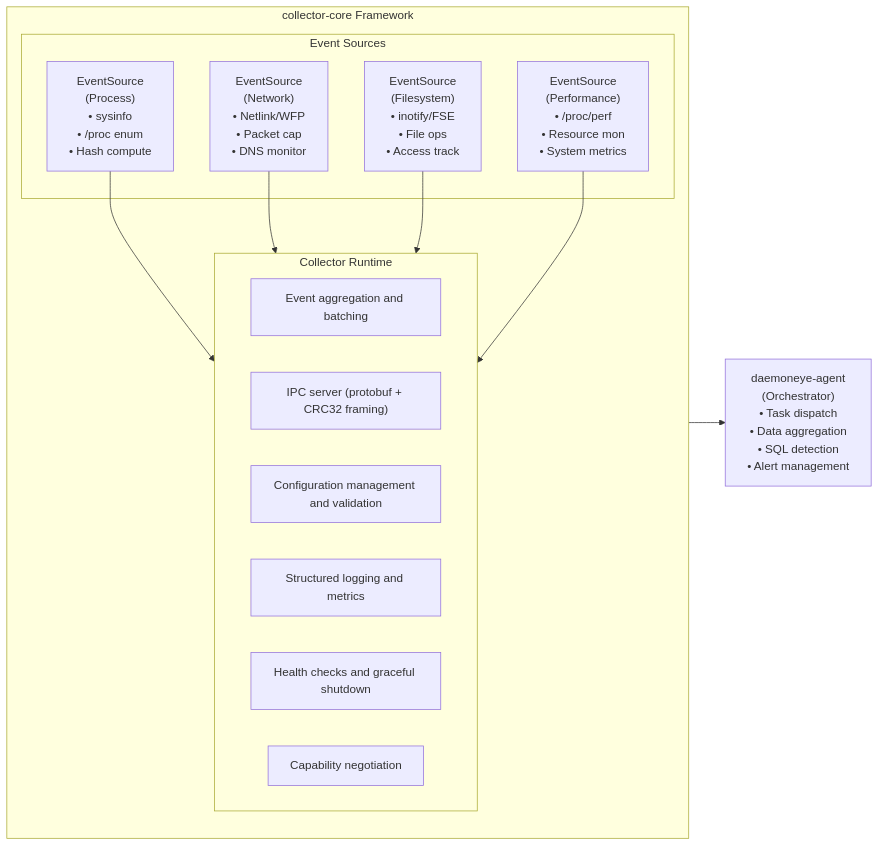
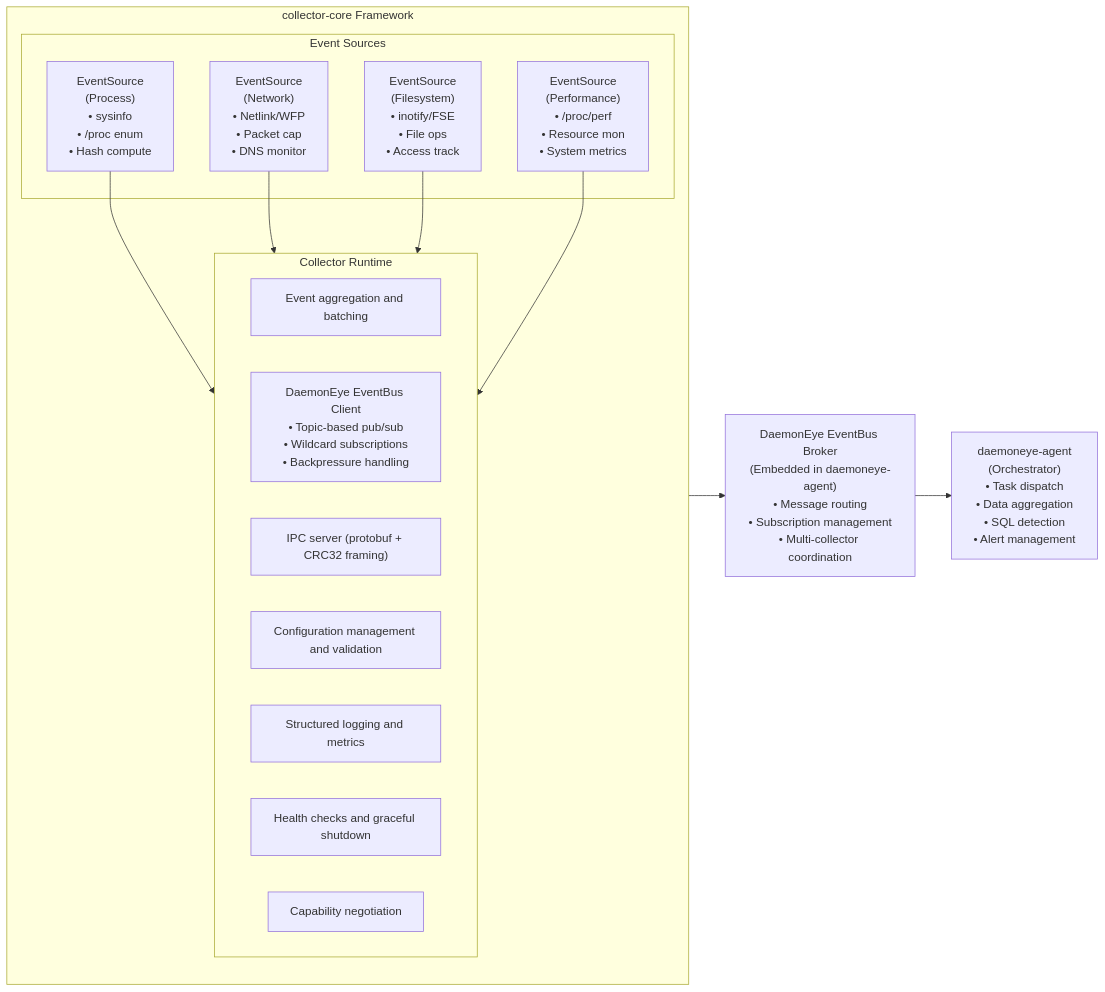
One commit to EvilBit-Labs/DaemonEye changed the first of 6 diagrams in .kiro/specs/daemoneye-core-monitoring/design.md. Above: the diagram before and after it, drawn with Mermaid. The commit also changed other lines of this file, not shown here.

First line of the commit message:
docs(architecture): Update daemoneye-core-monitoring design with EventBus integration

````diff
--- a/.kiro/specs/daemoneye-core-monitoring/design.md
+++ b/.kiro/specs/daemoneye-core-monitoring/design.md
@@ -15,29 +15,31 @@
 ```mermaid
 graph LR
     subgraph CC["collector-core Framework"]
         subgraph ES["Event Sources"]
             PS["EventSource<br/>(Process)<br/>• sysinfo<br/>• /proc enum<br/>• Hash compute"]
             NS["EventSource<br/>(Network)<br/>• Netlink/WFP<br/>• Packet cap<br/>• DNS monitor"]
             FS["EventSource<br/>(Filesystem)<br/>• inotify/FSE<br/>• File ops<br/>• Access track"]
             PerfS["EventSource<br/>(Performance)<br/>• /proc/perf<br/>• Resource mon<br/>• System metrics"]
         end
 
         subgraph CR["Collector Runtime"]
             AGG["Event aggregation and batching"]
+            EVENTBUS["DaemonEye EventBus Client<br/>• Topic-based pub/sub<br/>• Wildcard subscriptions<br/>• Backpressure handling"]
             IPC["IPC server (protobuf + CRC32 framing)"]
             CFG["Configuration management and validation"]
             LOG["Structured logging and metrics"]
             HEALTH["Health checks and graceful shutdown"]
             CAP["Capability negotiation"]
         end
 
         PS --> CR
         NS --> CR
         FS --> CR
         PerfS --> CR
     end
 
-    CC --> SA["daemoneye-agent<br/>(Orchestrator)<br/>• Task dispatch<br/>• Data aggregation<br/>• SQL detection<br/>• Alert management"]
+    CC --> BROKER["DaemonEye EventBus Broker<br/>(Embedded in daemoneye-agent)<br/>• Message routing<br/>• Subscription management<br/>• Multi-collector coordination"]
+    BROKER --> SA["daemoneye-agent<br/>(Orchestrator)<br/>• Task dispatch<br/>• Data aggregation<br/>• SQL detection<br/>• Alert management"]
 
 
 ```
````
